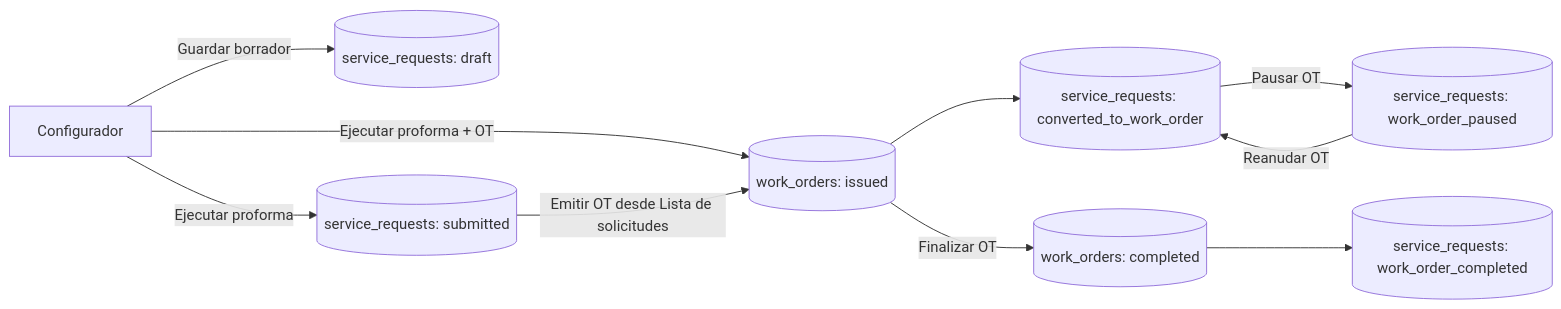
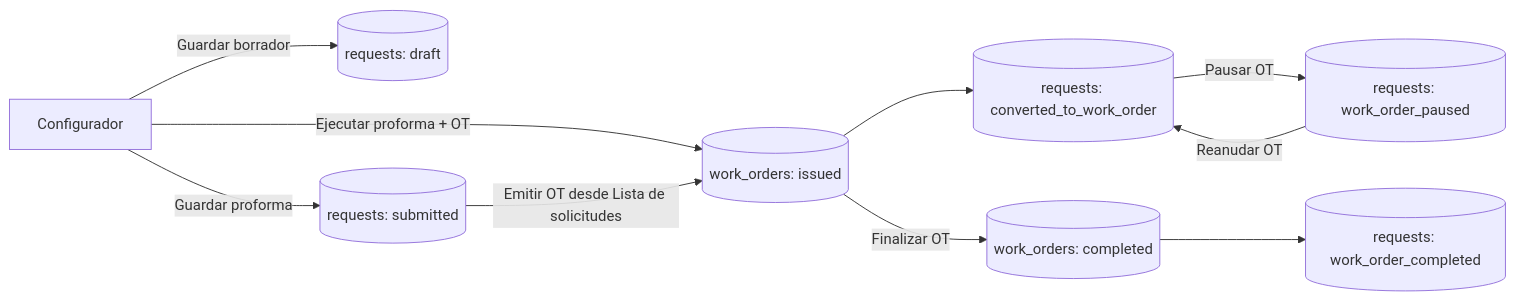
The diagram in apps/admin-dashboard/docs/flow/01-overview.md (matiasespina1991/chavez-solutions-panel), drawn with Mermaid before and after one commit. The commit also changed other lines of this file and 17 other files, not shown here.

````diff
--- a/apps/admin-dashboard/docs/flow/01-overview.md
+++ b/apps/admin-dashboard/docs/flow/01-overview.md
@@ -11,12 +11,12 @@
 ```mermaid
 flowchart LR
-  A[Configurador] -->|Guardar borrador| B[(service_requests: draft)]
-  A -->|Ejecutar proforma| C[(service_requests: submitted)]
+  A[Configurador] -->|Guardar borrador| B[(requests: draft)]
+  A -->|Guardar proforma| C[(requests: submitted)]
   A -->|Ejecutar proforma + OT| D[(work_orders: issued)]
-  D --> E[(service_requests: converted_to_work_order)]
+  D --> E[(requests: converted_to_work_order)]
   C -->|Emitir OT desde Lista de solicitudes| D
-  E -->|Pausar OT| F[(service_requests: work_order_paused)]
+  E -->|Pausar OT| F[(requests: work_order_paused)]
   F -->|Reanudar OT| E
   D -->|Finalizar OT| G[(work_orders: completed)]
-  G --> H[(service_requests: work_order_completed)]
+  G --> H[(requests: work_order_completed)]
 ```
````
